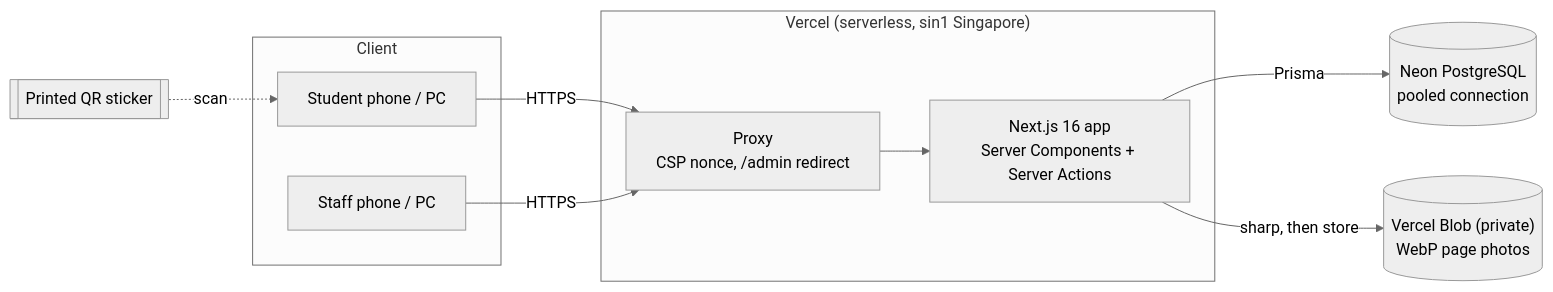
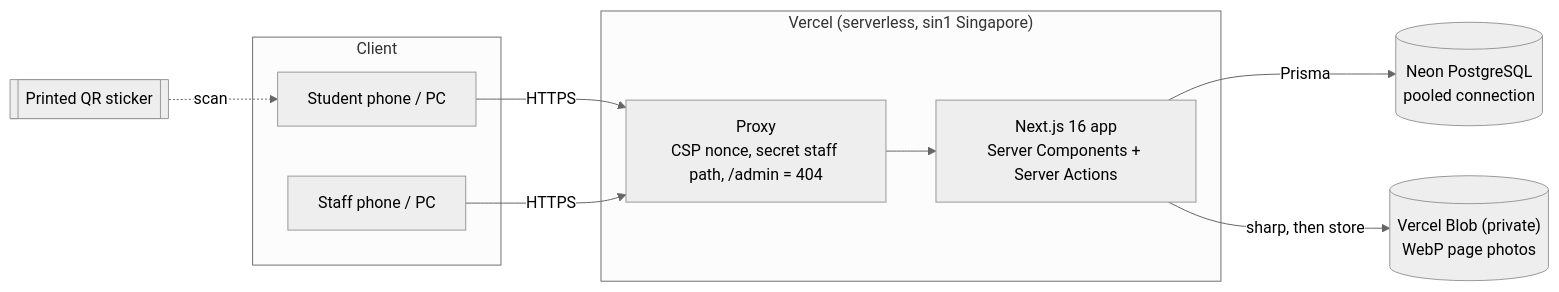
Before and after one commit to SUDARSUN-24/siam-library: the first of 5 diagrams in REPORT.md, drawn with Mermaid (neutral theme). The commit also changed other lines of this file and 36 other files, not shown here.

First line of the commit message:
Secret staff path (ADMIN_PATH) and two-step login (TOTP)

````diff
--- a/REPORT.md
+++ b/REPORT.md
@@ -84,19 +85,19 @@
 ```mermaid
 flowchart LR
   subgraph Client
     S[Student phone / PC]
     T[Staff phone / PC]
   end
   subgraph Vercel["Vercel (serverless, sin1 Singapore)"]
-    P["Proxy<br/>CSP nonce, /admin redirect"]
+    P["Proxy<br/>CSP nonce, secret staff path, /admin = 404"]
     N["Next.js 16 app<br/>Server Components + Server Actions"]
   end
   U[("Vercel Blob (private)<br/>WebP page photos")]
   D[("Neon PostgreSQL<br/>pooled connection")]
   QR[[Printed QR sticker]] -. scan .-> S
   S -- HTTPS --> P
   T -- HTTPS --> P
   P --> N
   N -- Prisma --> D
   N -- sharp, then store --> U
 ```
````
